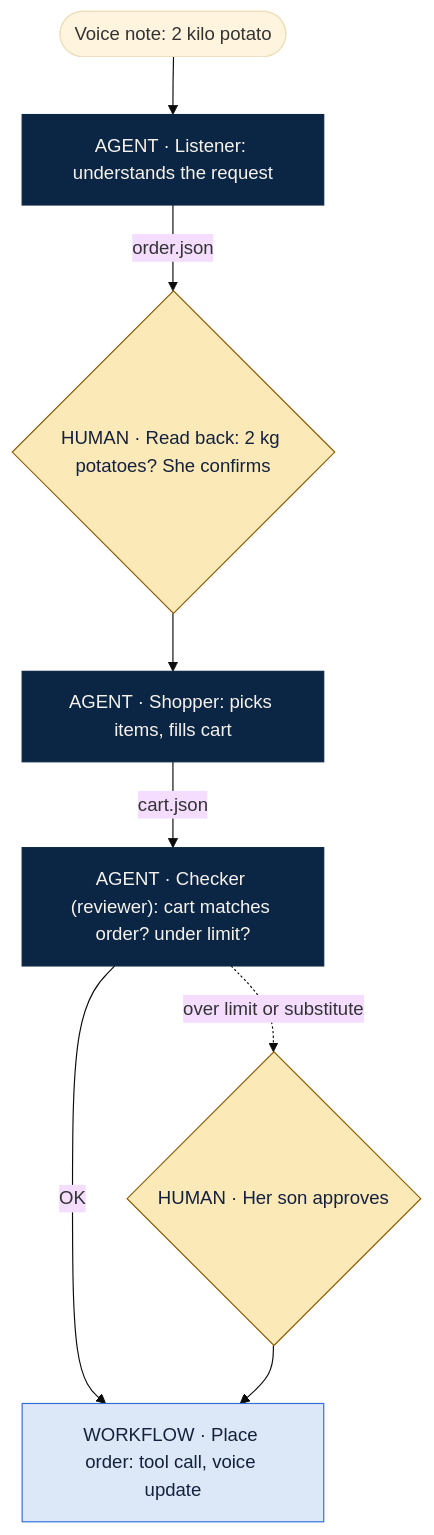
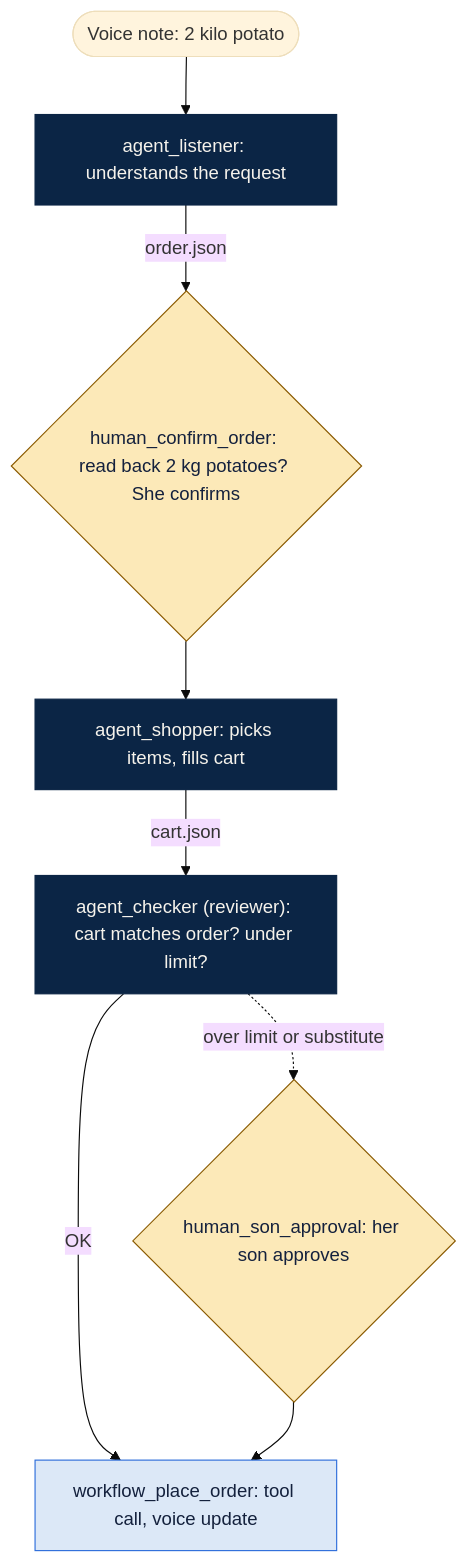
The diagram in session2/WORKSHEET.md (Ashwin126/agentic-analyst-kit-template), drawn with Mermaid (base theme) before and after one commit. The commit also changed other lines of this file, not shown here.

Commit message:
Worksheet: snake_case step names (agent_, workflow_, human_)

````diff
--- a/session2/WORKSHEET.md
+++ b/session2/WORKSHEET.md
@@ -47,16 +47,16 @@
 ```mermaid
 flowchart TD
-    V(["Voice note: 2 kilo potato"]) --> L["AGENT · Listener: understands the request"]
-    L -- "order.json" --> H1{"HUMAN · Read back: 2 kg potatoes? She confirms"}
-    H1 --> S["AGENT · Shopper: picks items, fills cart"]
-    S -- "cart.json" --> C["AGENT · Checker (reviewer): cart matches order? under limit?"]
-    C -- "OK" --> O["WORKFLOW · Place order: tool call, voice update"]
-    C -. "over limit or substitute" .-> H2{"HUMAN · Her son approves"}
+    V(["Voice note: 2 kilo potato"]) --> L["agent_listener: understands the request"]
+    L -- "order.json" --> H1{"human_confirm_order: read back 2 kg potatoes? She confirms"}
+    H1 --> S["agent_shopper: picks items, fills cart"]
+    S -- "cart.json" --> C["agent_checker (reviewer): cart matches order? under limit?"]
+    C -- "OK" --> O["workflow_place_order: tool call, voice update"]
+    C -. "over limit or substitute" .-> H2{"human_son_approval: her son approves"}
     H2 --> O
     classDef agent fill:#0B2545,stroke:#0B2545,color:#F6F3EC
     classDef workflow fill:#DCE8F7,stroke:#2F6FDB,color:#14213D
     classDef human fill:#FCE9B8,stroke:#8A5A00,color:#14213D
     class L,S,C agent
     class O workflow
     class H1,H2 human
 ```
````
